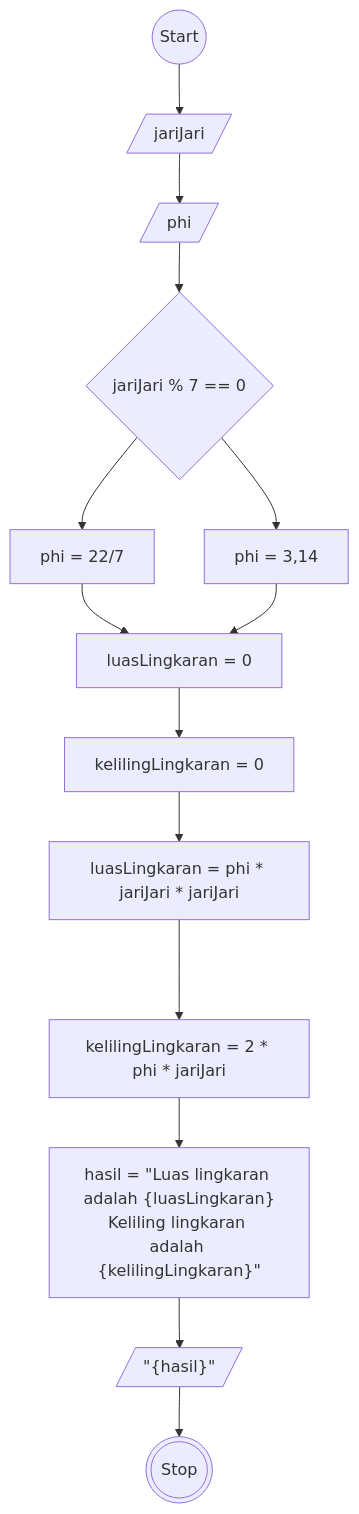
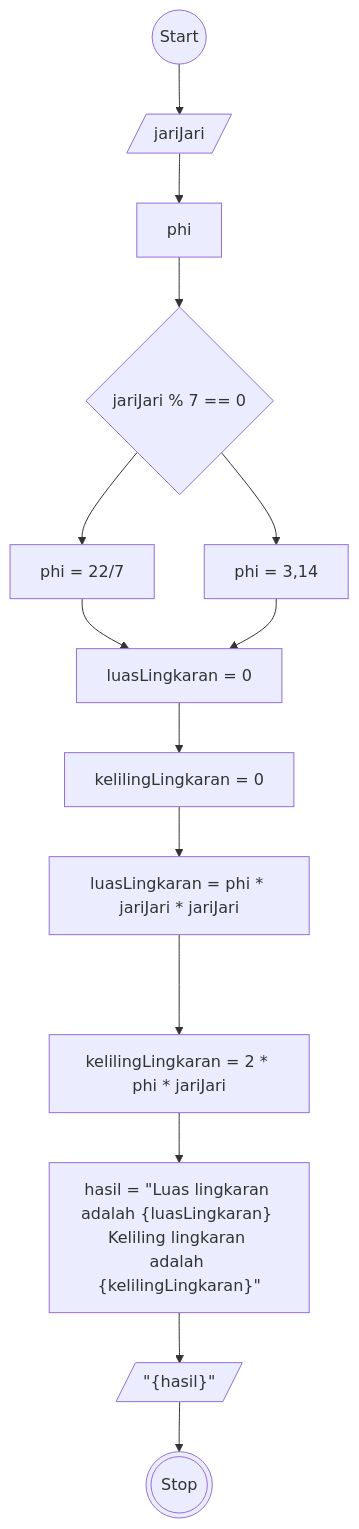
Before and after one commit to almarufh/Koda-B8-JavaScript1: the diagram in readme.md, drawn with Mermaid.

````diff
--- a/readme.md
+++ b/readme.md
@@ -5,27 +5,22 @@
 ```mermaid
 flowchart TD
 A@{ shape: circle, label: Start }
 B@{ shape: lean-r, label: jariJari}
-C@{ shape: lean-r, label: phi }
+C@{ shape: rect, label: phi }
 D@{ shape: rect, label: "luasLingkaran = 0" }
 E@{ shape: rect, label: "kelilingLingkaran = 0" }
 F@{ shape: rect, label: "luasLingkaran = phi * jariJari * jariJari" }
 G@{ shape: rect, label: "kelilingLingkaran = 2 * phi * jariJari" }
-
-H@{ shape: rect, label: 'hasil = "Luas lingkaran adalah {luasLingkaran}
-
-Keliling lingkaran adalah {kelilingLingkaran}"' }
-
+H@{ shape: rect, label: 'hasil = "Luas lingkaran adalah {luasLingkaran} Keliling lingkaran adalah {kelilingLingkaran}"' }
 I@{ shape: lean-r, label: '"{hasil}"' }
 J@{ shape: dbl-circ, label: Stop }
 K@{ shape: diamond, label: "jariJari % 7 == 0" }
 L@{ shape: rect, label: "phi = 22/7"}
 M@{ shape: rect, label: "phi = 3,14"}
-
 
 A --> B --> C 
 C --> K --> L --> D
 K --> M
 M --> D --> E --> F ---> G --> H --> I --> J
 
 ```
````
